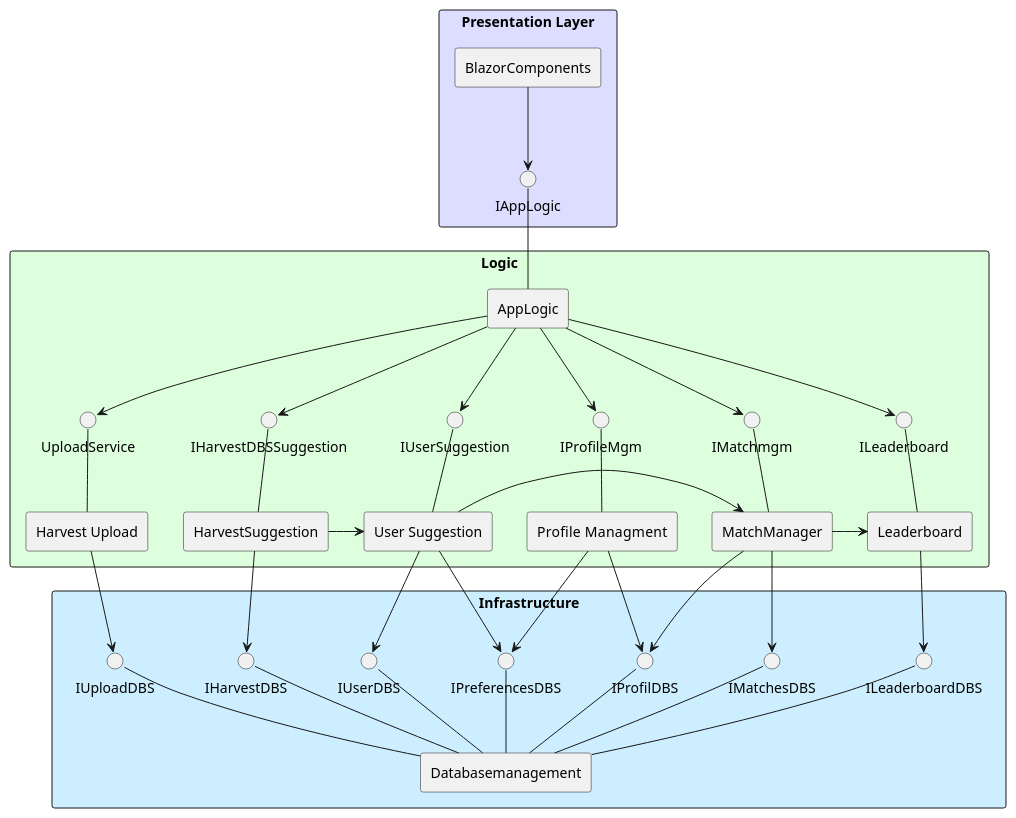
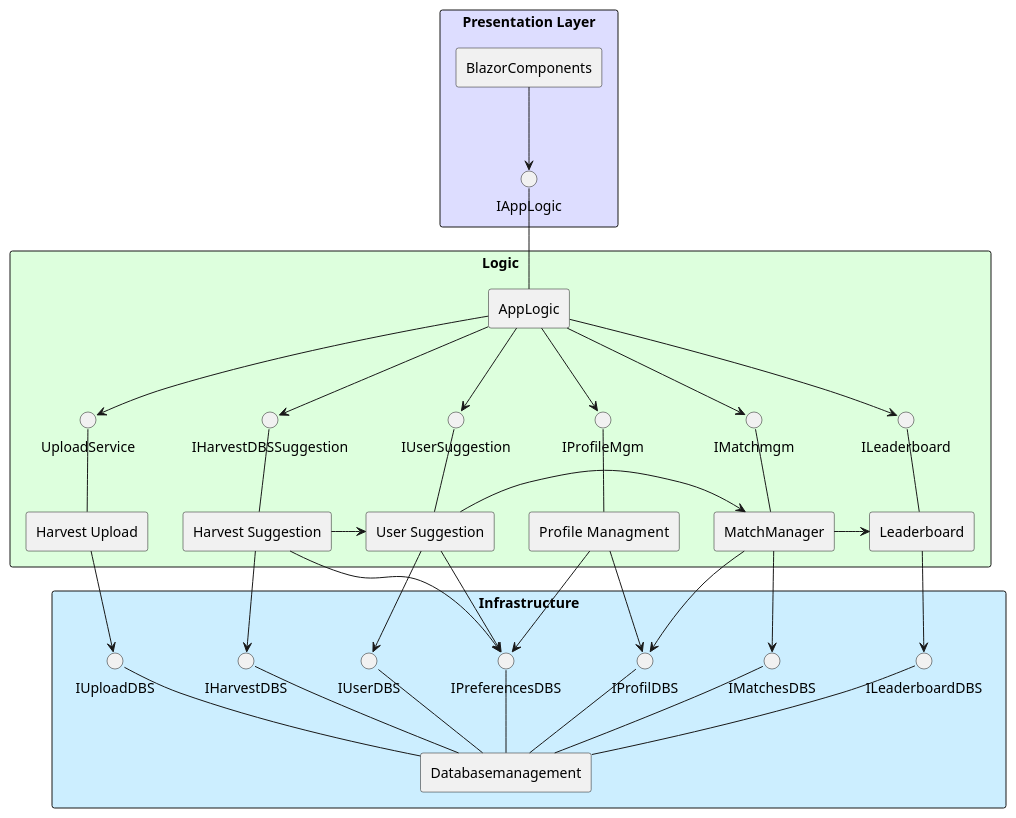
One commit to Team-Spassgetraenk/EliteGaertner changed the diagram in EliteGaertner/docs/Komponeten Diagram.puml. Above: the diagram before and after it, drawn with PlantUML. The commit also changed 2 other files, not shown here.

Commit message:
Update Komponentendiagram nach schriflicher Ausformulierung+

```diff
--- a/EliteGaertner/docs/Komponeten Diagram.puml
+++ b/EliteGaertner/docs/Komponeten Diagram.puml
@@ -1,94 +1,95 @@
 @startuml
 skinparam componentStyle rectangle
 skinparam shadowing false
 
 ' PRESENTATION LAYER
 rectangle "Presentation Layer" #DDDDFF {
     component BlazorComponents as Blazor
     interface IAppLogic
     Blazor --> IAppLogic
 }
 
 ' LOGIC
 rectangle "Logic" #DDFFDD {
     IAppLogic -- AppLogic
 
     interface UploadService
     interface IHarvestDBSSuggestion
     interface IUserSuggestion
     interface IProfileMgm
     interface ILeaderboard
     interface IMatchmgm
 
     component AppLogic {
         AppLogic --> UploadService
         AppLogic --> IHarvestDBSSuggestion
         AppLogic --> IUserSuggestion
         AppLogic --> IProfileMgm
         AppLogic --> ILeaderboard
         AppLogic --> IMatchmgm
     }
 
     component "Harvest Upload" as hUpload {
         UploadService -- hUpload
     }
 
-    component "HarvestSuggestion" as HSugg {
+    component "Harvest Suggestion" as HSugg {
         IHarvestDBSSuggestion -- HSugg
     }
     
     component "MatchManager" as MatchMgm {
         IMatchmgm -- MatchMgm
         
     }
     
     
 
     component "User Suggestion" as UserSugg {
         IUserSuggestion -- UserSugg
     }
 
     component "Profile  Managment" as PM {
         IProfileMgm -- PM
     }
     
     component Leaderboard
     
     ILeaderboard -- Leaderboard
     
 }
 
 ' INFRASTRUCTURE LAYER
 rectangle "Infrastructure" #CCEEFF {
     component Databasemanagement as DBM
     interface IPreferencesDBS
     interface IUploadDBS
     interface IHarvestDBS
     interface IUserDBS
     interface IProfilDBS
     interface IMatchesDBS
 
     IPreferencesDBS -- DBM
     IUploadDBS -- DBM
     IHarvestDBS -- DBM
     IUserDBS -- DBM
     IProfilDBS -- DBM
     ILeaderboardDBS -- DBM
     IMatchesDBS -- DBM
     
 }
 
 MatchMgm --> IMatchesDBS
 hUpload --> IUploadDBS
 HSugg --> IHarvestDBS
 HSugg ->  UserSugg
 UserSugg -> MatchMgm
 MatchMgm -> Leaderboard
 UserSugg --> IUserDBS
 UserSugg --> IPreferencesDBS
 PM --> IPreferencesDBS
+HSugg --> IPreferencesDBS
 PM --> IProfilDBS
 Leaderboard --> ILeaderboardDBS
 MatchMgm --> IProfilDBS
 
 @enduml
```
